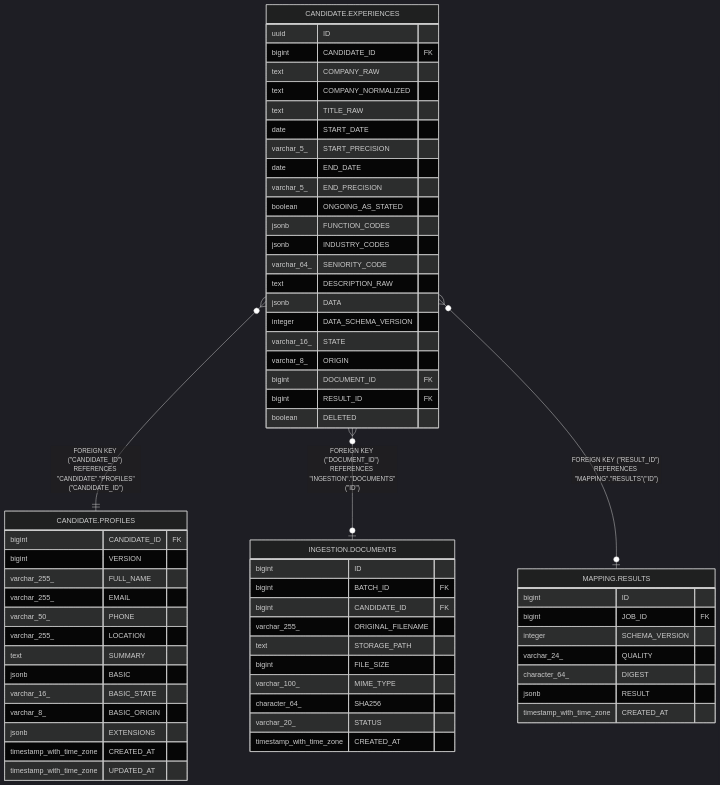
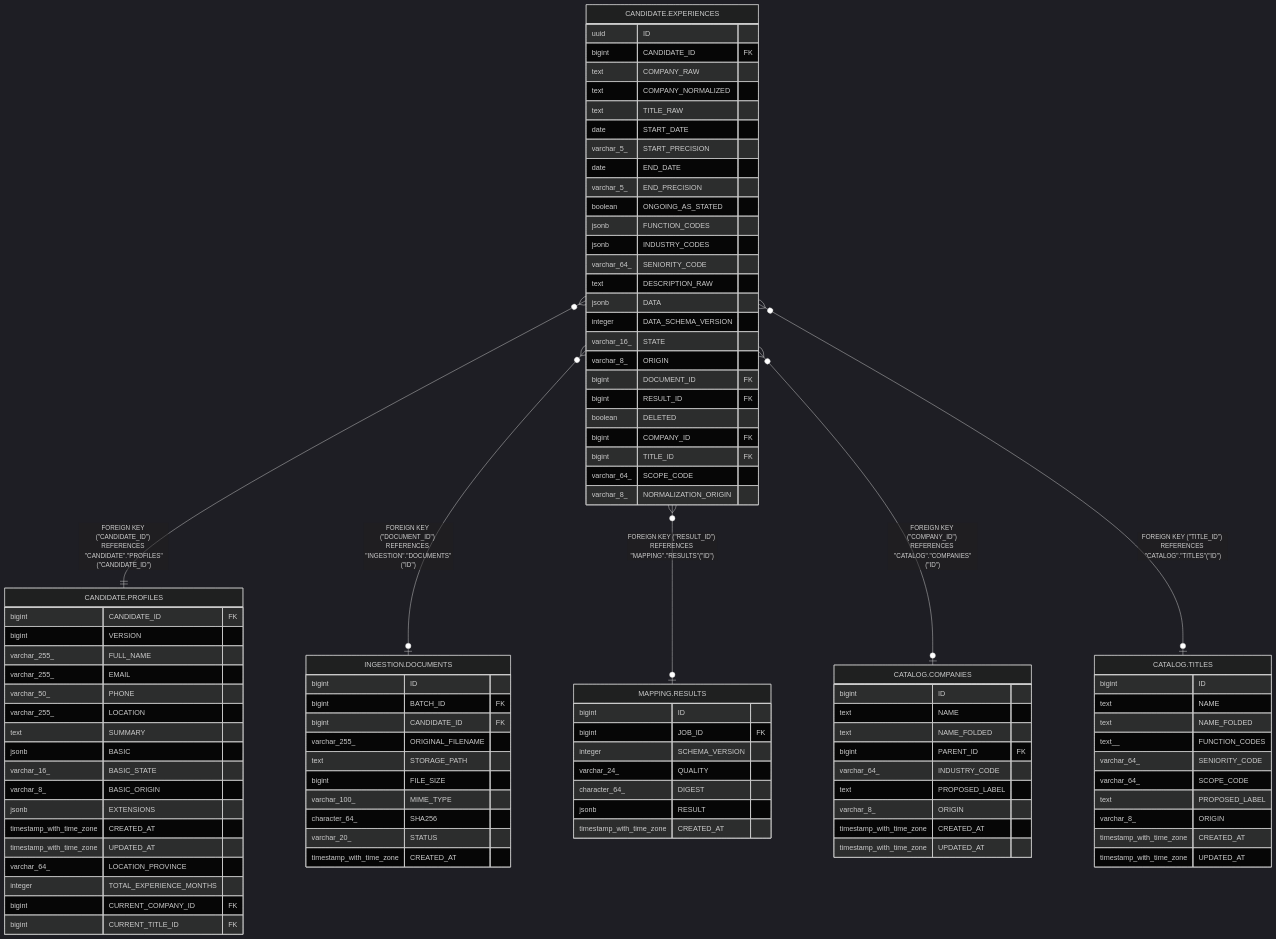
The diagram in docs/db/CANDIDATE.EXPERIENCES.md (happidude/cv-compass), drawn with Mermaid (dark theme) before and after one commit. The commit also changed other lines of this file and 32 other files, not shown here.

First line of the commit message:
feat(catalog): add catalog and search schemas with taxonomy and seed import

````diff
--- a/docs/db/CANDIDATE.EXPERIENCES.md
+++ b/docs/db/CANDIDATE.EXPERIENCES.md
@@ -60,6 +69,8 @@
 "CANDIDATE.EXPERIENCES" }o--|| "CANDIDATE.PROFILES" : "FOREIGN KEY (#quot;CANDIDATE_ID#quot;) REFERENCES #quot;CANDIDATE#quot;.#quot;PROFILES#quot;(#quot;CANDIDATE_ID#quot;)"
 "CANDIDATE.EXPERIENCES" }o--o| "INGESTION.DOCUMENTS" : "FOREIGN KEY (#quot;DOCUMENT_ID#quot;) REFERENCES #quot;INGESTION#quot;.#quot;DOCUMENTS#quot;(#quot;ID#quot;)"
 "CANDIDATE.EXPERIENCES" }o--o| "MAPPING.RESULTS" : "FOREIGN KEY (#quot;RESULT_ID#quot;) REFERENCES #quot;MAPPING#quot;.#quot;RESULTS#quot;(#quot;ID#quot;)"
+"CANDIDATE.EXPERIENCES" }o--o| "CATALOG.COMPANIES" : "FOREIGN KEY (#quot;COMPANY_ID#quot;) REFERENCES #quot;CATALOG#quot;.#quot;COMPANIES#quot;(#quot;ID#quot;)"
+"CANDIDATE.EXPERIENCES" }o--o| "CATALOG.TITLES" : "FOREIGN KEY (#quot;TITLE_ID#quot;) REFERENCES #quot;CATALOG#quot;.#quot;TITLES#quot;(#quot;ID#quot;)"
 
 "CANDIDATE.EXPERIENCES" {
   uuid ID
@@ -83,6 +94,10 @@
   bigint DOCUMENT_ID FK
   bigint RESULT_ID FK
   boolean DELETED
+  bigint COMPANY_ID FK
+  bigint TITLE_ID FK
+  varchar_64_ SCOPE_CODE
+  varchar_8_ NORMALIZATION_ORIGIN
 }
 "CANDIDATE.PROFILES" {
   bigint CANDIDATE_ID FK
@@ -98,6 +113,10 @@
   jsonb EXTENSIONS
   timestamp_with_time_zone CREATED_AT
   timestamp_with_time_zone UPDATED_AT
+  varchar_64_ LOCATION_PROVINCE
+  integer TOTAL_EXPERIENCE_MONTHS
+  bigint CURRENT_COMPANY_ID FK
+  bigint CURRENT_TITLE_ID FK
 }
 "INGESTION.DOCUMENTS" {
   bigint ID
@@ -120,4 +139,27 @@
   jsonb RESULT
   timestamp_with_time_zone CREATED_AT
 }
+"CATALOG.COMPANIES" {
+  bigint ID
+  text NAME
+  text NAME_FOLDED
+  bigint PARENT_ID FK
+  varchar_64_ INDUSTRY_CODE
+  text PROPOSED_LABEL
+  varchar_8_ ORIGIN
+  timestamp_with_time_zone CREATED_AT
+  timestamp_with_time_zone UPDATED_AT
+}
+"CATALOG.TITLES" {
+  bigint ID
+  text NAME
+  text NAME_FOLDED
+  text__ FUNCTION_CODES
+  varchar_64_ SENIORITY_CODE
+  varchar_64_ SCOPE_CODE
+  text PROPOSED_LABEL
+  varchar_8_ ORIGIN
+  timestamp_with_time_zone CREATED_AT
+  timestamp_with_time_zone UPDATED_AT
+}
 ```
````
